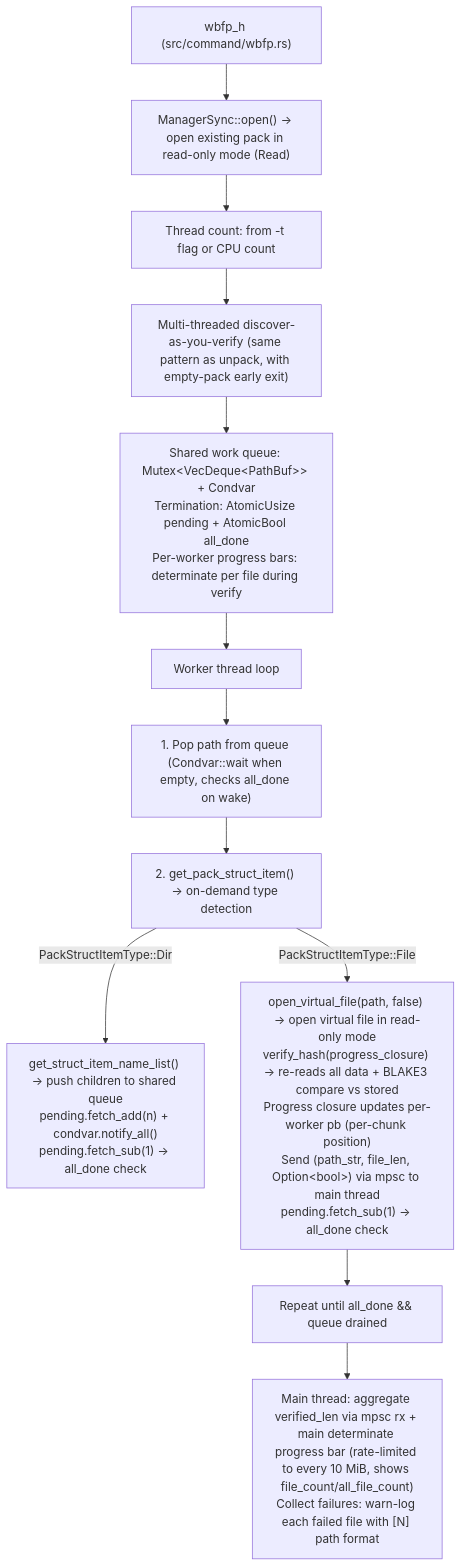
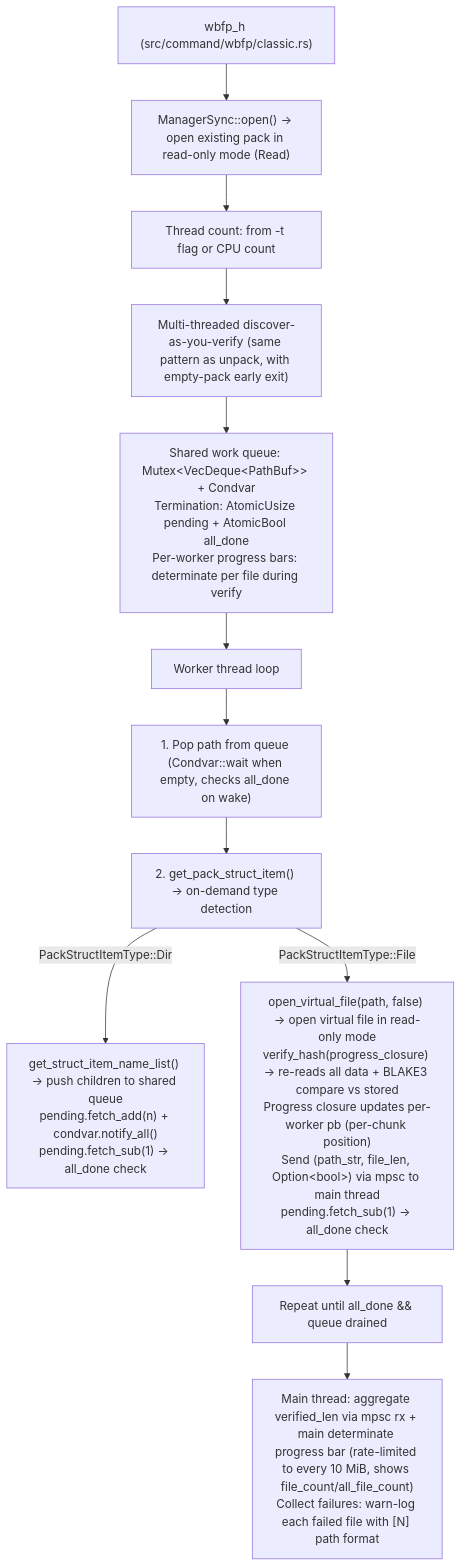
The seventh of 9 diagrams in ARCHITECTURE.md (WaterBall20/water_ball_tool), drawn with Mermaid before and after one commit. The commit also changed other lines of this file and 63 other files, not shown here.

````diff
--- a/ARCHITECTURE.md
+++ b/ARCHITECTURE.md
@@ -942,15 +998,15 @@
 ```mermaid
 flowchart TD
-    H["wbfp_h (src/command/wbfp.rs)"]
+    H["wbfp_h (src/command/wbfp/classic.rs)"]
     H --> O["ManagerSync::open() → open existing pack in read-only mode (Read)"]
     O --> TC["Thread count: from -t flag or CPU count"]
     TC --> DIS["Multi-threaded discover-as-you-verify (same pattern as unpack, with empty-pack early exit)"]
     DIS --> Q["Shared work queue: Mutex&lt;VecDeque&lt;PathBuf&gt;&gt; + Condvar<br/>Termination: AtomicUsize pending + AtomicBool all_done<br/>Per-worker progress bars: determinate per file during verify"]
     Q --> W["Worker thread loop"]
     W --> W1["1. Pop path from queue (Condvar::wait when empty, checks all_done on wake)"]
     W1 --> W2["2. get_pack_struct_item() → on-demand type detection"]
     W2 -->|" PackStructItemType::Dir "| WD["get_struct_item_name_list() → push children to shared queue<br/>pending.fetch_add(n) + condvar.notify_all()<br/>pending.fetch_sub(1) → all_done check"]
     W2 -->|" PackStructItemType::File "| WF["open_virtual_file(path, false) → open virtual file in read-only mode<br/>verify_hash(progress_closure) → re-reads all data + BLAKE3 compare vs stored<br/>Progress closure updates per-worker pb (per-chunk position)<br/>Send (path_str, file_len, Option&lt;bool&gt;) via mpsc to main thread<br/>pending.fetch_sub(1) → all_done check"]
     WF --> WLOOP["Repeat until all_done && queue drained"]
     WLOOP --> M["Main thread: aggregate verified_len via mpsc rx + main determinate progress bar (rate-limited to every 10 MiB, shows file_count/all_file_count)<br/>Collect failures: warn-log each failed file with [N] path format"]
 ```
````
